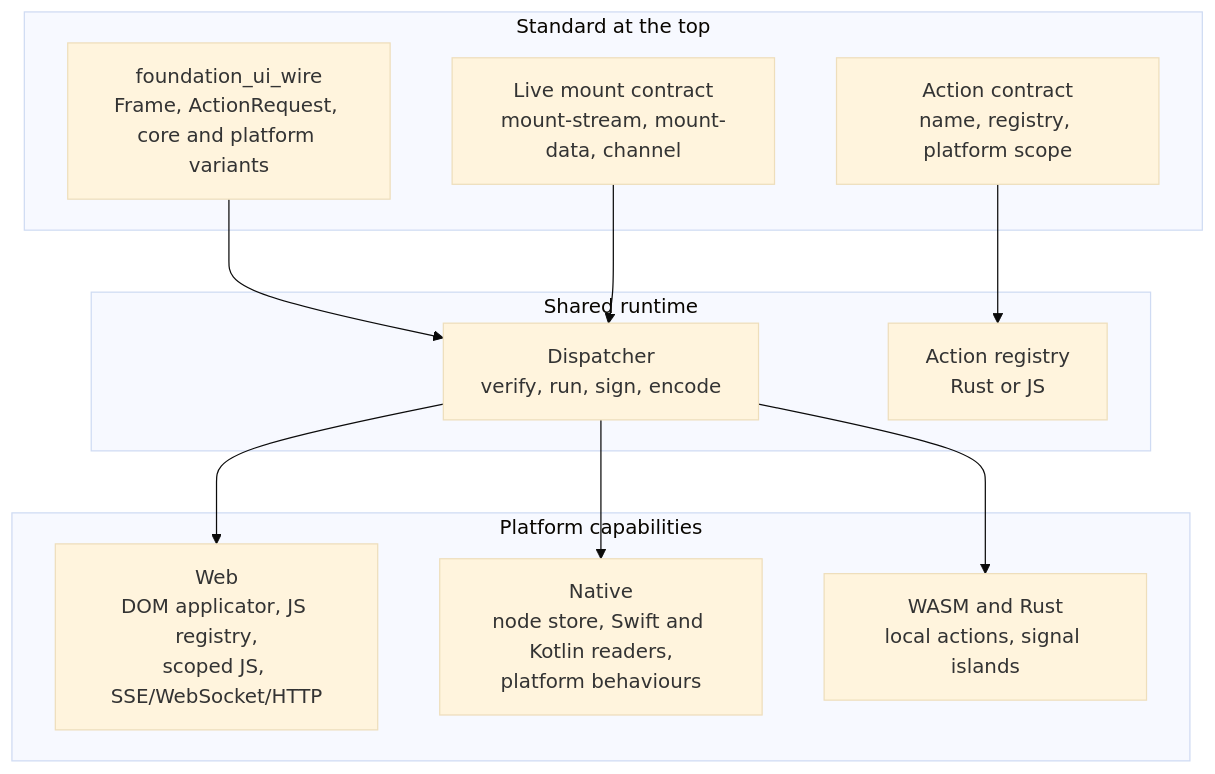
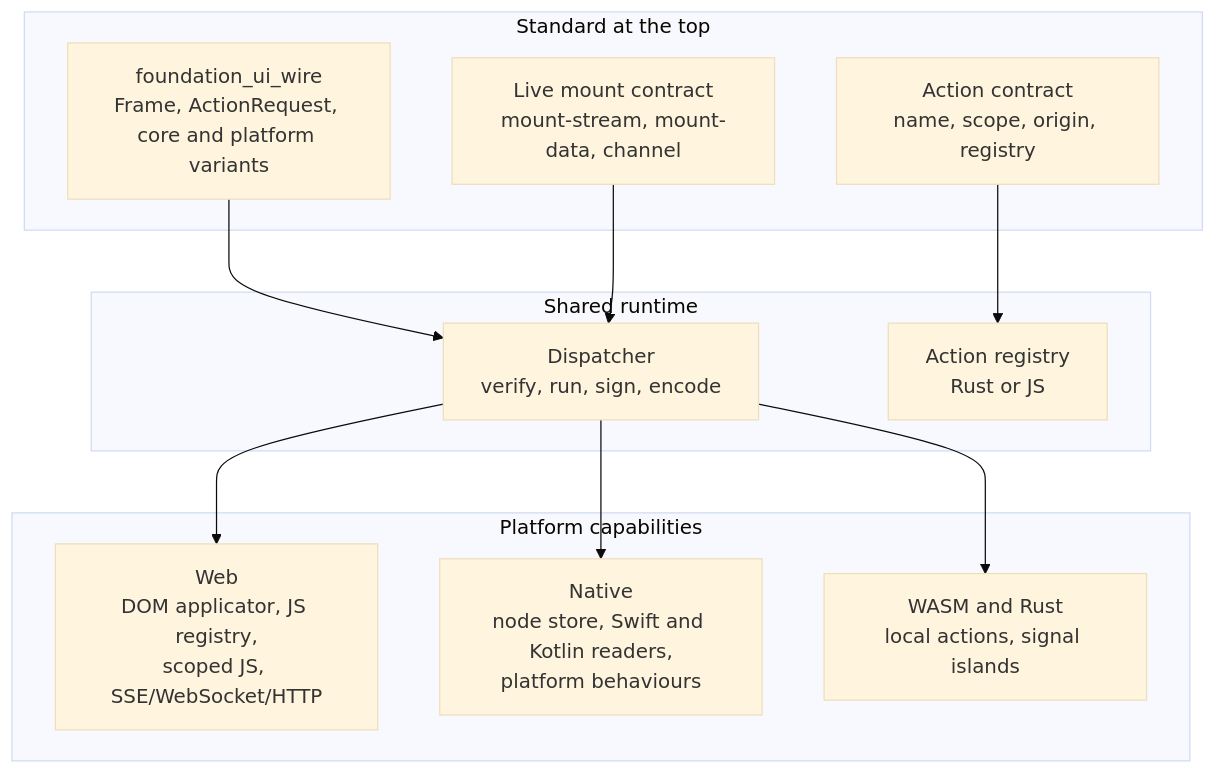
Before and after one commit to ewe-studios/ewe_platform: the diagram in specifications/69-foundation-ui-v2/research/README.md, drawn with Mermaid (base theme). The commit also changed other lines of this file and 9 other files, not shown here.

Commit message:
Record the action scope and origin markers in the spec 69 research

````diff
--- a/specifications/69-foundation-ui-v2/research/README.md
+++ b/specifications/69-foundation-ui-v2/research/README.md
@@ -60,23 +61,23 @@
 ```mermaid
 flowchart TB
     subgraph STD["Standard at the top"]
         W["foundation_ui_wire<br/>Frame, ActionRequest, core and platform variants"]
-        A["Action contract<br/>name, registry, platform scope"]
+        A["Action contract<br/>name, scope, origin, registry"]
         M["Live mount contract<br/>mount-stream, mount-data, channel"]
     end
     subgraph SHARED["Shared runtime"]
         D["Dispatcher<br/>verify, run, sign, encode"]
         R["Action registry<br/>Rust or JS"]
     end
     subgraph PLAT["Platform capabilities"]
         WEB["Web<br/>DOM applicator, JS registry,<br/>scoped JS, SSE/WebSocket/HTTP"]
         NAT["Native<br/>node store, Swift and Kotlin readers,<br/>platform behaviours"]
         LOC["WASM and Rust<br/>local actions, signal islands"]
     end
     W --> D
     A --> R
     M --> D
     D --> WEB
     D --> NAT
     D --> LOC
 ```
````
